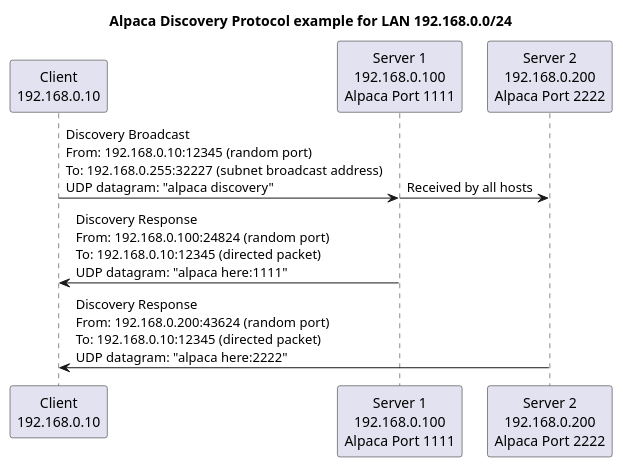
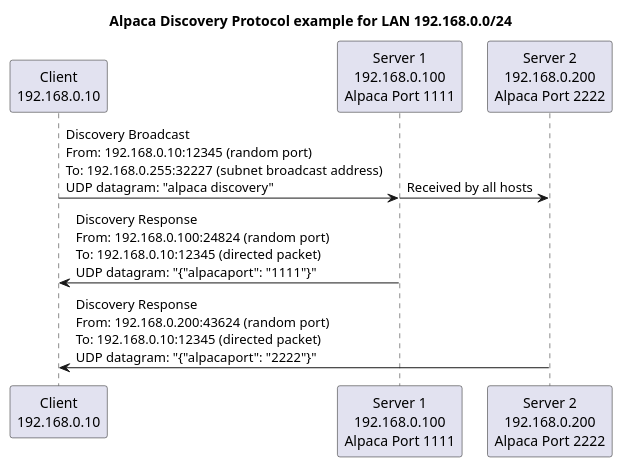
One commit to DanielVanNoord/AlpacaDiscoveryTests changed the diagram in discovery.puml. Above: the diagram before and after it, drawn with PlantUML. The commit also changed 1 other file, not shown here.

Commit message:
Updated png of flow with new json response

```diff
--- a/discovery.puml
+++ b/discovery.puml
@@ -1,13 +1,13 @@
 @startuml
 !pragma teoz true
 title Alpaca Discovery Protocol example for LAN 192.168.0.0/24
 participant "Client\n192.168.0.10" as Client
 participant "Server 1\n192.168.0.100\nAlpaca Port 1111" as Server1
 participant "Server 2\n192.168.0.200\nAlpaca Port 2222" as Server2
 
 Client -> Server1 : Discovery Broadcast\nFrom: 192.168.0.10:12345 (random port)\nTo: 192.168.0.255:32227 (subnet broadcast address)\nUDP datagram: "alpaca discovery"
 & Server1 -> Server2 : Received by all hosts
 
-Server1 -> Client : Discovery Response\nFrom: 192.168.0.100:24824 (random port)\nTo: 192.168.0.10:12345 (directed packet)\nUDP datagram: "alpaca here:1111"
-Server2 -> Client : Discovery Response\nFrom: 192.168.0.200:43624 (random port)\nTo: 192.168.0.10:12345 (directed packet)\nUDP datagram: "alpaca here:2222"
+Server1 -> Client : Discovery Response\nFrom: 192.168.0.100:24824 (random port)\nTo: 192.168.0.10:12345 (directed packet)\nUDP datagram: "{"alpacaport": "1111"}"
+Server2 -> Client : Discovery Response\nFrom: 192.168.0.200:43624 (random port)\nTo: 192.168.0.10:12345 (directed packet)\nUDP datagram: "{"alpacaport": "2222"}"
 @enduml
```
